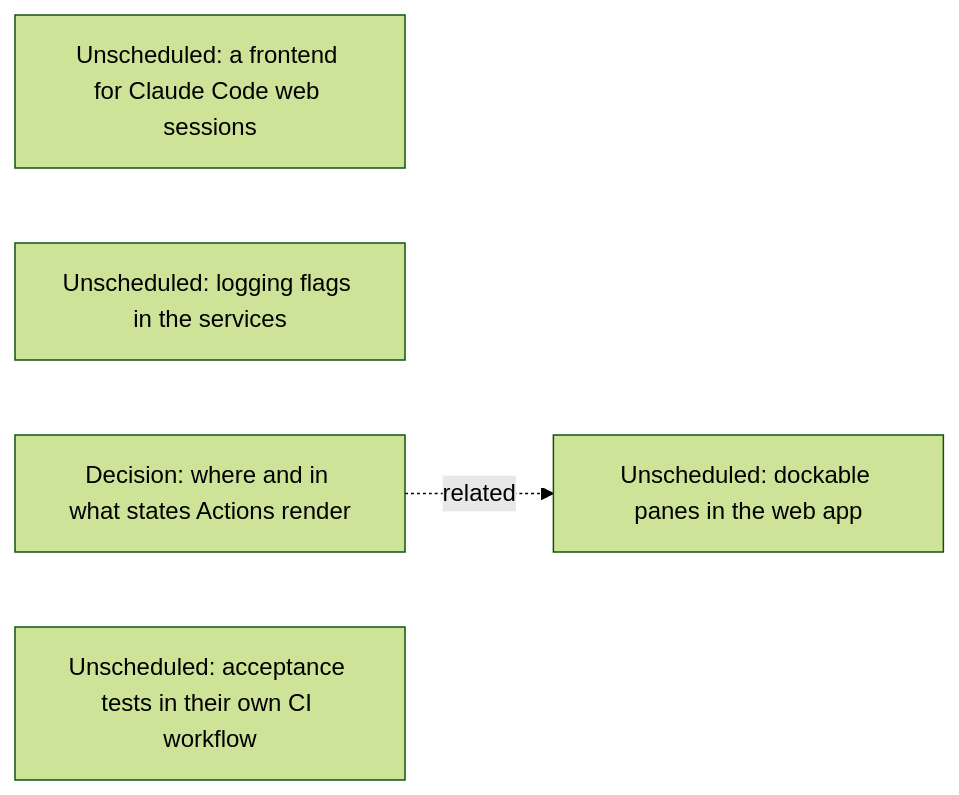
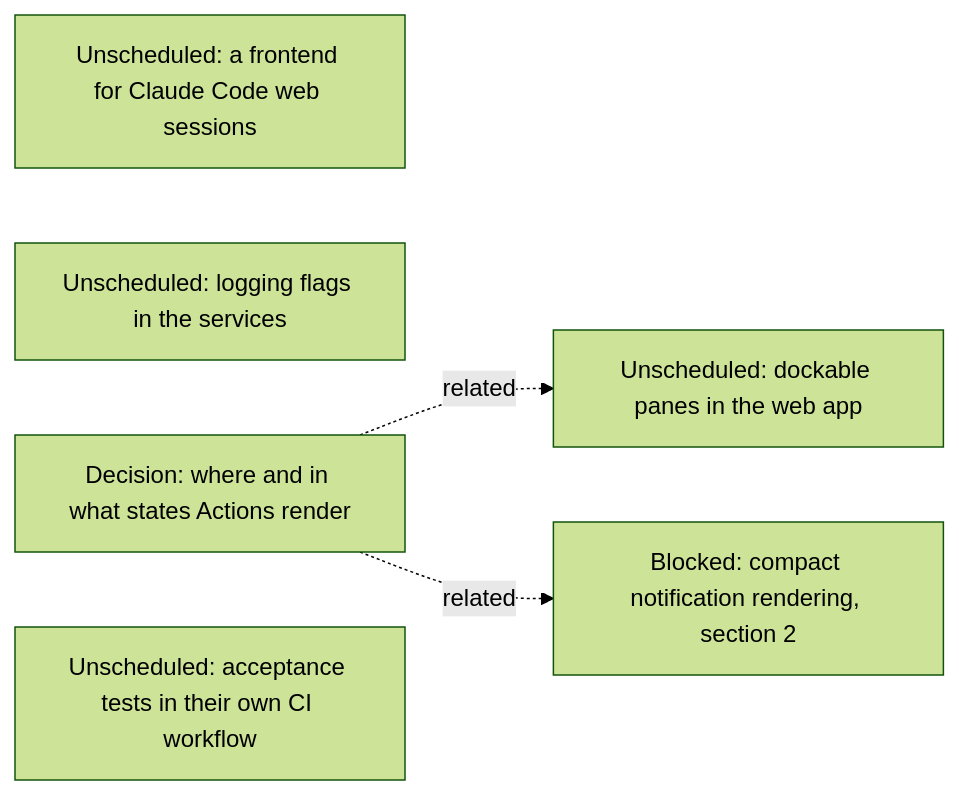
Before and after one commit to agentydragon/ducktape: the seventh of 15 diagrams in agentplane/plans/task_dag.md, drawn with Mermaid (forest theme). The commit also changed other lines of this file, not shown here.

````diff
--- a/agentplane/plans/task_dag.md
+++ b/agentplane/plans/task_dag.md
@@ -464,9 +464,11 @@
 ```mermaid
 flowchart LR
     CLAUDE_CODE_WEB_BRIDGE[Unscheduled: a frontend for Claude Code web sessions]
     SERVICE_LOG_FLAGS[Unscheduled: logging flags in the services]
     ACTION_SURFACES_DESIGN[Decision: where and in what states Actions render]
     ISOLATED_ACCEPTANCE_CI[Unscheduled: acceptance tests in their own CI workflow]
     DOCKABLE_PANES[Unscheduled: dockable panes in the web app]
     ACTION_SURFACES_DESIGN -. related .-> DOCKABLE_PANES
+    NOTIFICATION_PRESENTATION[Blocked: compact notification rendering, section 2]
+    ACTION_SURFACES_DESIGN -. related .-> NOTIFICATION_PRESENTATION
 ```
````
